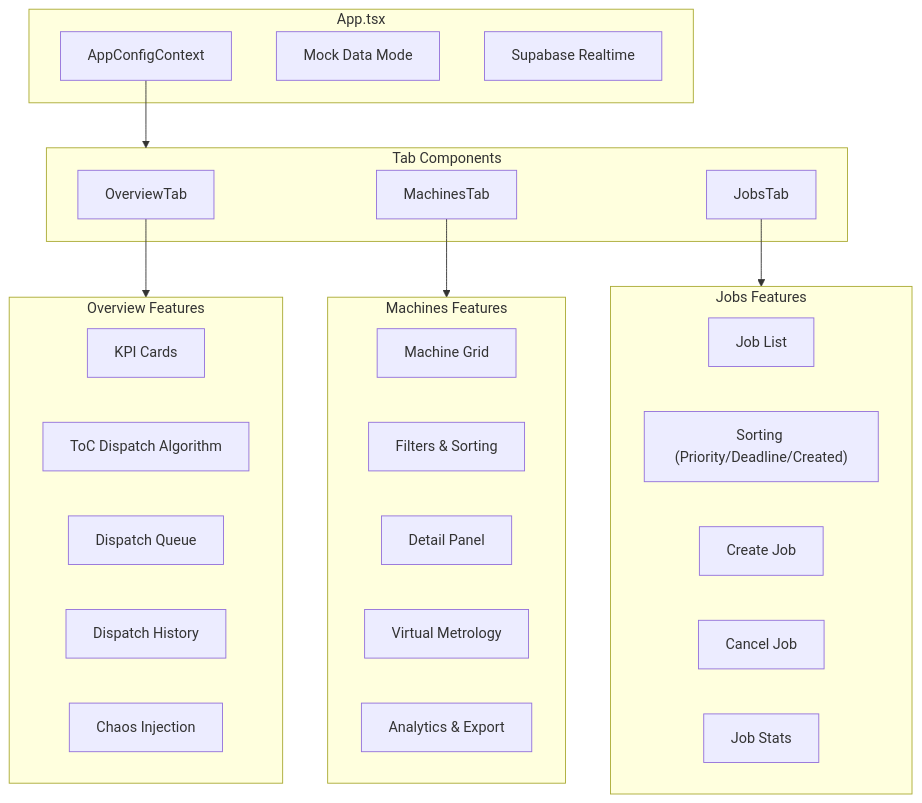
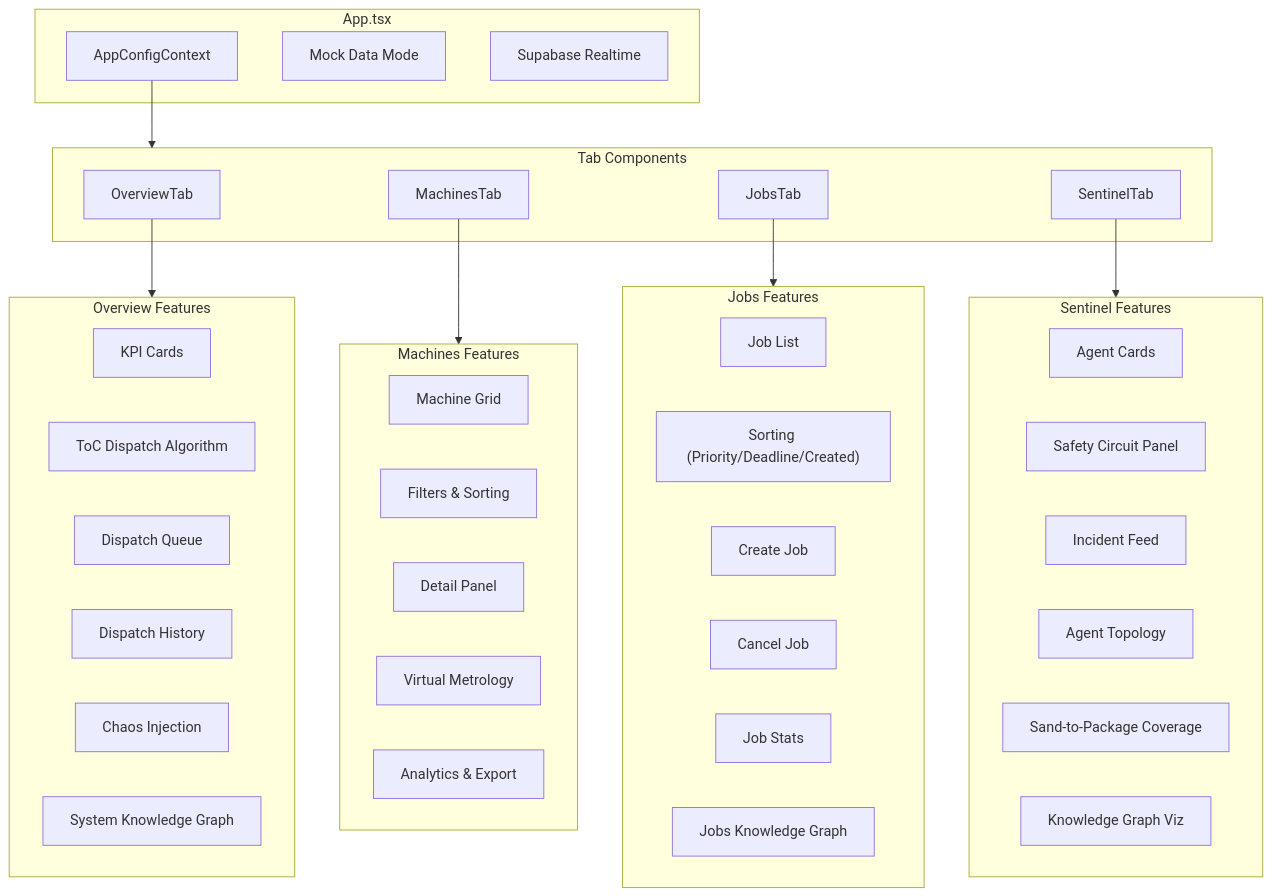
One commit to AngelP17/YieldOps changed diagram 18 of 20 in Architecture.md. Above: the diagram before and after it, drawn with Mermaid. The commit also changed other lines of this file and 5 other files, not shown here.

````diff
--- a/Architecture.md
+++ b/Architecture.md
@@ -1085,43 +1129,56 @@
 ```mermaid
 flowchart TB
     subgraph App["App.tsx"]
         Config["AppConfigContext"]
         MockData["Mock Data Mode"]
         Realtime["Supabase Realtime"]
     end
     
     subgraph Tabs["Tab Components"]
         Overview["OverviewTab"]
         Machines["MachinesTab"]
         Jobs["JobsTab"]
+        Sentinel["SentinelTab"]
     end
     
     subgraph OverviewFeatures["Overview Features"]
         KPI["KPI Cards"]
         ToCDispatch["ToC Dispatch Algorithm"]
         Dispatch["Dispatch Queue"]
         History["Dispatch History"]
         Chaos["Chaos Injection"]
+        SysKG["System Knowledge Graph"]
     end
     
     subgraph MachinesFeatures["Machines Features"]
         Grid["Machine Grid"]
         Filter["Filters & Sorting"]
         Detail["Detail Panel"]
         VM["Virtual Metrology"]
         Analytics["Analytics & Export"]
     end
     
     subgraph JobsFeatures["Jobs Features"]
         List["Job List"]
         Sorting["Sorting (Priority/Deadline/Created)"]
         Create["Create Job"]
         Cancel["Cancel Job"]
         Stats["Job Stats"]
+        JobsKG["Jobs Knowledge Graph"]
+    end
+    
+    subgraph SentinelFeatures["Sentinel Features"]
+        AgentCards["Agent Cards"]
+        SafetyCircuit["Safety Circuit Panel"]
+        IncidentFeed["Incident Feed"]
+        AgentTopo["Agent Topology"]
+        Coverage["Sand-to-Package Coverage"]
+        KGViz["Knowledge Graph Viz"]
     end
     
     Config --> Tabs
     Overview --> OverviewFeatures
     Machines --> MachinesFeatures
     Jobs --> JobsFeatures
+    Sentinel --> SentinelFeatures
 ```
````
